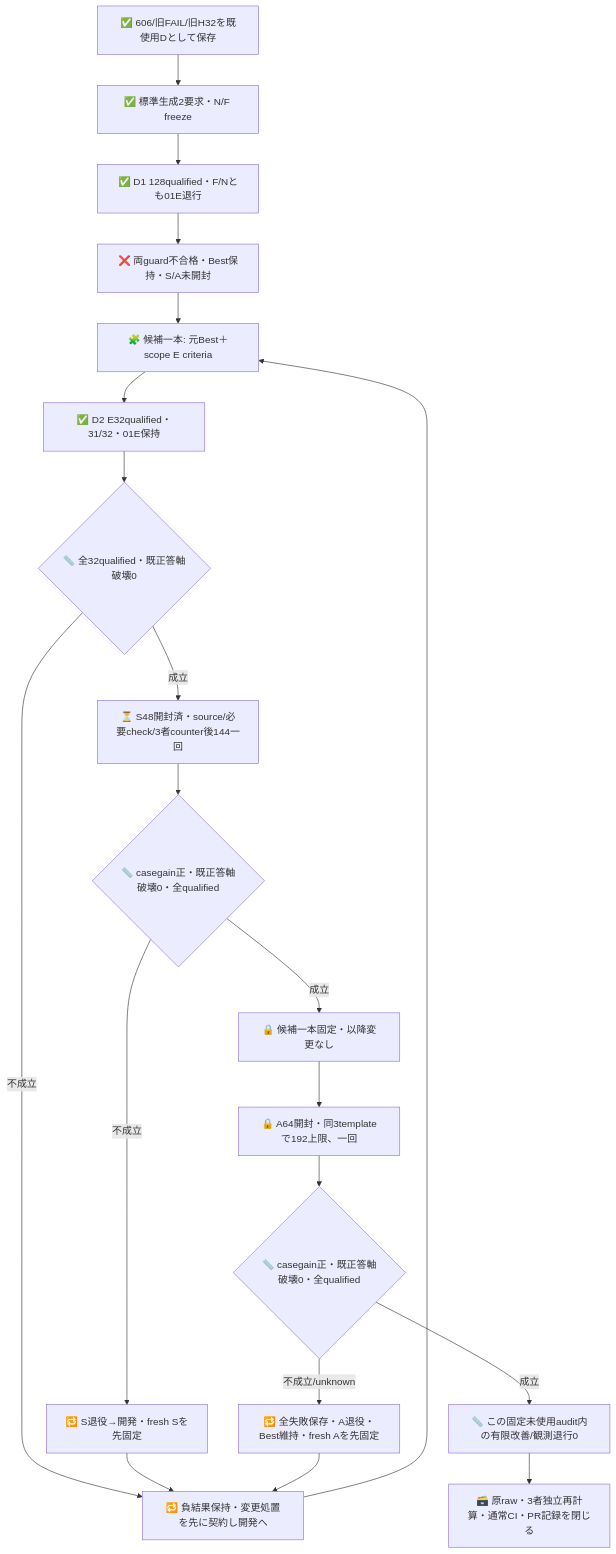
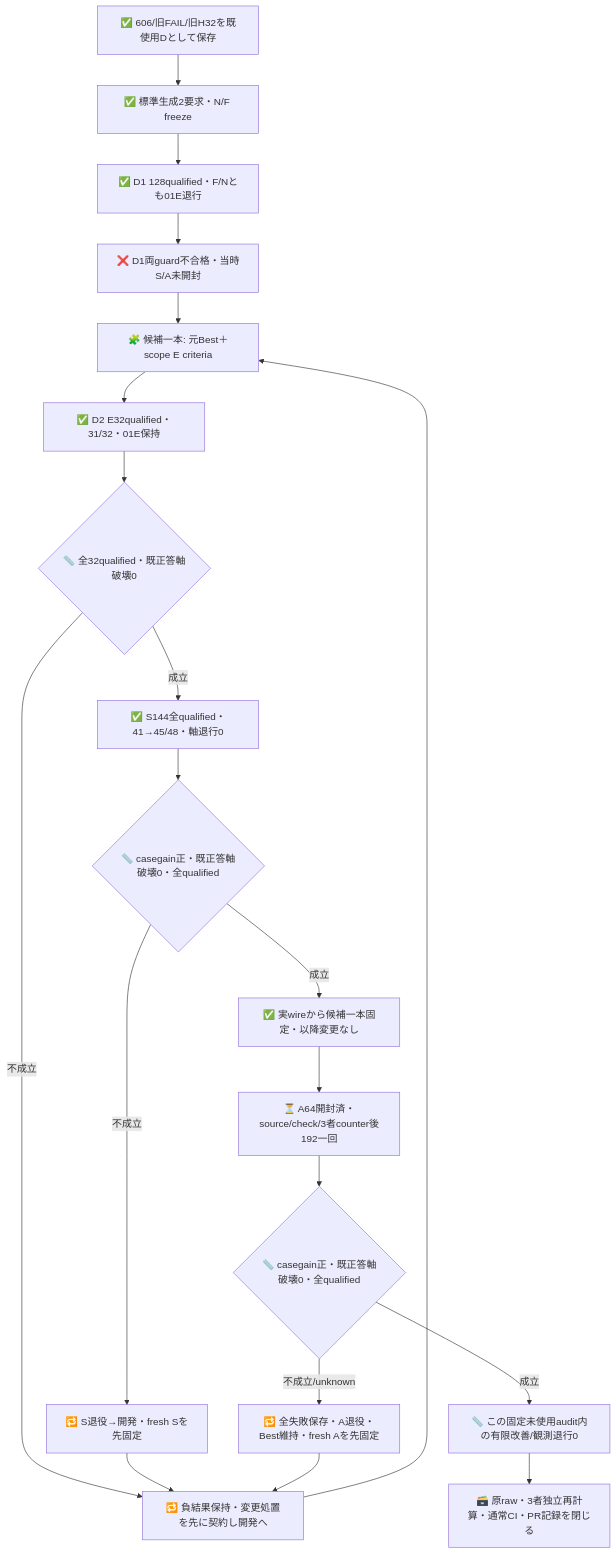
One commit to roccho-org/ops changed the second of 2 diagrams in experiments/sys1-eval-loop/regression/README.md. Above: the diagram before and after it, drawn with Mermaid. The commit also changed other lines of this file and 6 other files, not shown here.

````diff
--- a/experiments/sys1-eval-loop/regression/README.md
+++ b/experiments/sys1-eval-loop/regression/README.md
@@ -62,22 +72,22 @@
 ```mermaid
 flowchart TB
   A["✅ 606/旧FAIL/旧H32を既使用Dとして保存"] --> B["✅ 標準生成2要求・N/F freeze"]
   B --> D1["✅ D1 128qualified・F/Nとも01E退行"]
-  D1 --> J1["❌ 両guard不合格・Best保持・S/A未開封"]
+  D1 --> J1["❌ D1両guard不合格・当時S/A未開封"]
   J1 --> C["🧩 候補一本: 元Best＋scope E criteria"]
   C --> V["✅ D2 E32qualified・31/32・01E保持"]
   V --> G{"📏 全32qualified・既正答軸破壊0"}
   G -->|不成立| R["🔁 負結果保持・変更処置を先に契約し開発へ"]
   R --> C
-  G -->|成立| S["⏳ S48開封済・source/必要check/3者counter後144一回"]
+  G -->|成立| S["✅ S144全qualified・41→45/48・軸退行0"]
   S --> SG{"📏 casegain正・既正答軸破壊0・全qualified"}
   SG -->|不成立| SD["🔁 S退役→開発・fresh Sを先固定"]
   SD --> R
-  SG -->|成立| F["🔒 候補一本固定・以降変更なし"]
-  F --> H["🔒 A64開封・同3templateで192上限、一回"]
+  SG -->|成立| F["✅ 実wireから候補一本固定・以降変更なし"]
+  F --> H["⏳ A64開封済・source/check/3者counter後192一回"]
   H --> Q{"📏 casegain正・既正答軸破壊0・全qualified"}
   Q -->|成立| P["📏 この固定未使用audit内の有限改善/観測退行0"]
   Q -->|不成立/unknown| N["🔁 全失敗保存・A退役・Best維持・fresh Aを先固定"]
   N --> R
   P --> Z["🗃️ 原raw・3者独立再計算・通常CI・PR記録を閉じる"]
 ```
````
